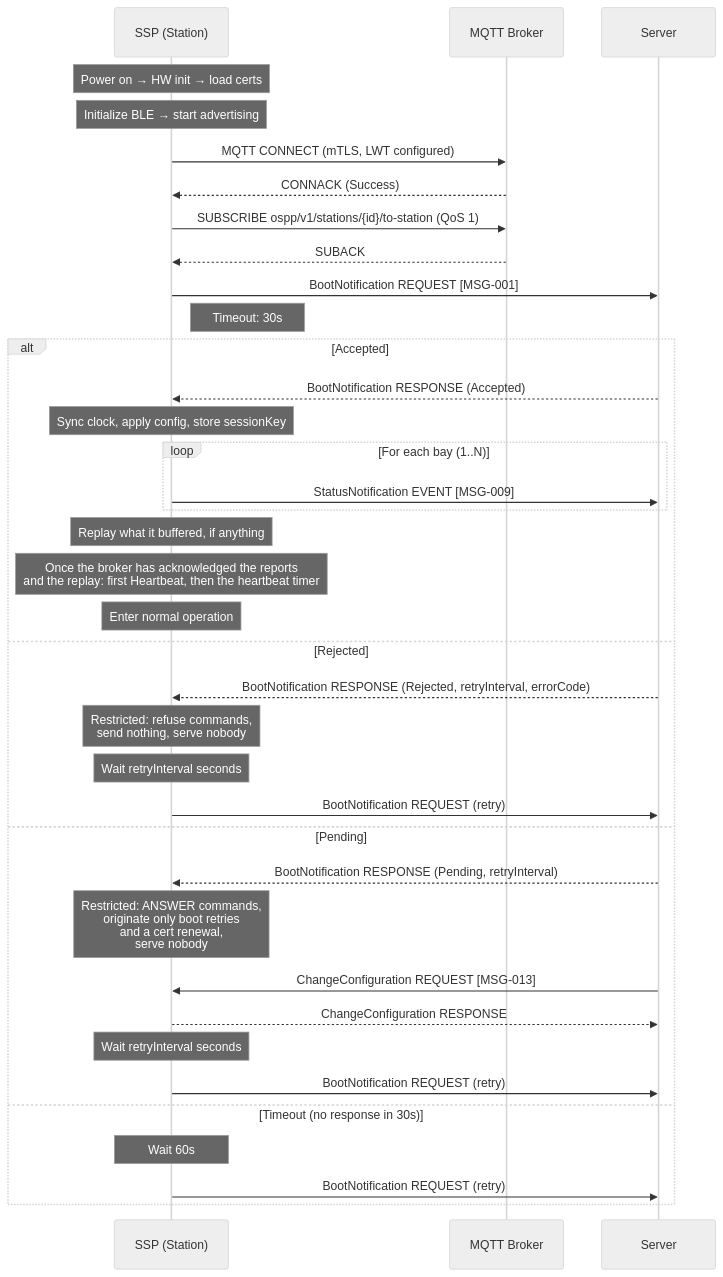
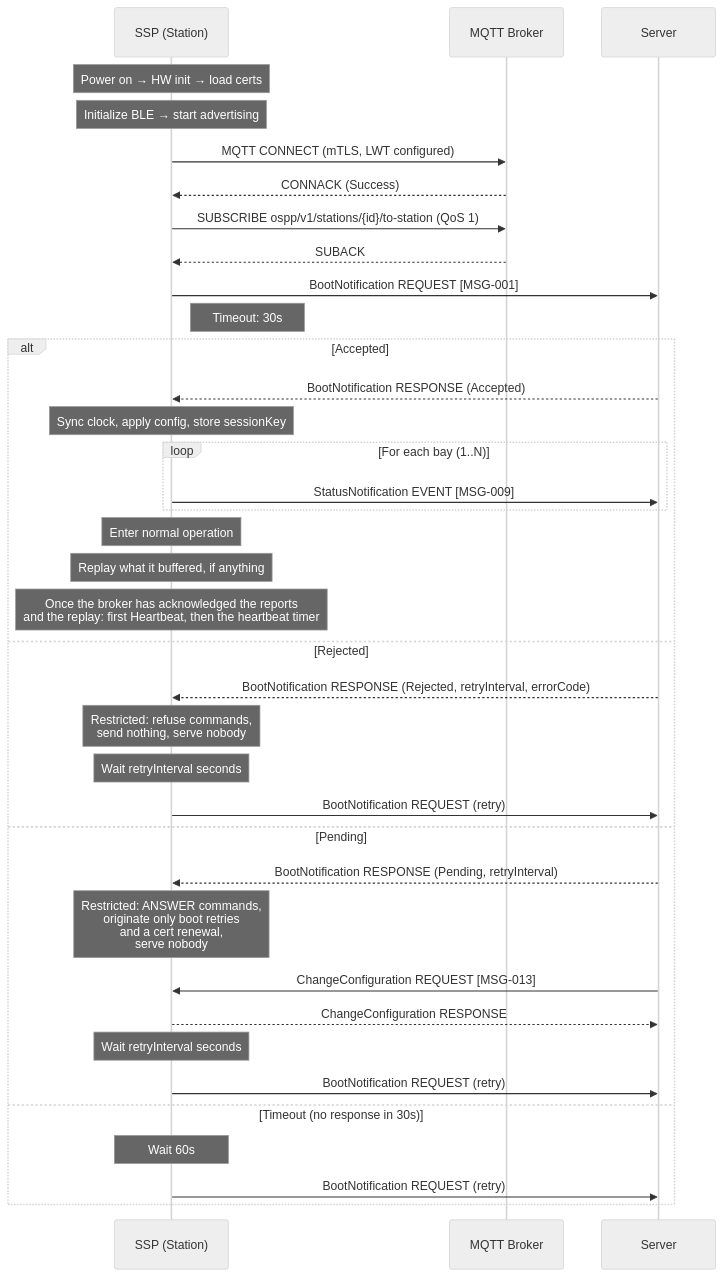
The first of 19 diagrams in spec/04-flows.md (ospp-org/spec), drawn with Mermaid (neutral theme) before and after one commit. The commit also changed other lines of this file and 15 other files, not shown here.

````diff
--- a/spec/04-flows.md
+++ b/spec/04-flows.md
@@ -102,48 +102,48 @@
 ```mermaid
 sequenceDiagram
     participant SSP as SSP (Station)
     participant Broker as MQTT Broker
     participant Server
 
     Note over SSP: Power on → HW init → load certs
     Note over SSP: Initialize BLE → start advertising
 
     SSP->>Broker: MQTT CONNECT (mTLS, LWT configured)
     Broker-->>SSP: CONNACK (Success)
     SSP->>Broker: SUBSCRIBE ospp/v1/stations/{id}/to-station (QoS 1)
     Broker-->>SSP: SUBACK
 
     SSP->>Server: BootNotification REQUEST [MSG-001]
     Note right of SSP: Timeout: 30s
 
     alt Accepted
         Server-->>SSP: BootNotification RESPONSE (Accepted)
         Note over SSP: Sync clock, apply config, store sessionKey
 
         loop For each bay (1..N)
             SSP->>Server: StatusNotification EVENT [MSG-009]
         end
 
+        Note over SSP: Enter normal operation
         Note over SSP: Replay what it buffered, if anything
         Note over SSP: Once the broker has acknowledged the reports<br/>and the replay: first Heartbeat, then the heartbeat timer
-        Note over SSP: Enter normal operation
 
     else Rejected
         Server-->>SSP: BootNotification RESPONSE (Rejected, retryInterval, errorCode)
         Note over SSP: Restricted: refuse commands,<br/>send nothing, serve nobody
         Note over SSP: Wait retryInterval seconds
         SSP->>Server: BootNotification REQUEST (retry)
 
     else Pending
         Server-->>SSP: BootNotification RESPONSE (Pending, retryInterval)
         Note over SSP: Restricted: ANSWER commands,<br/>originate only boot retries<br/>and a cert renewal,<br/>serve nobody
         Server->>SSP: ChangeConfiguration REQUEST [MSG-013]
         SSP-->>Server: ChangeConfiguration RESPONSE
         Note over SSP: Wait retryInterval seconds
         SSP->>Server: BootNotification REQUEST (retry)
 
     else Timeout (no response in 30s)
         Note over SSP: Wait 60s
         SSP->>Server: BootNotification REQUEST (retry)
     end
 ```
````
